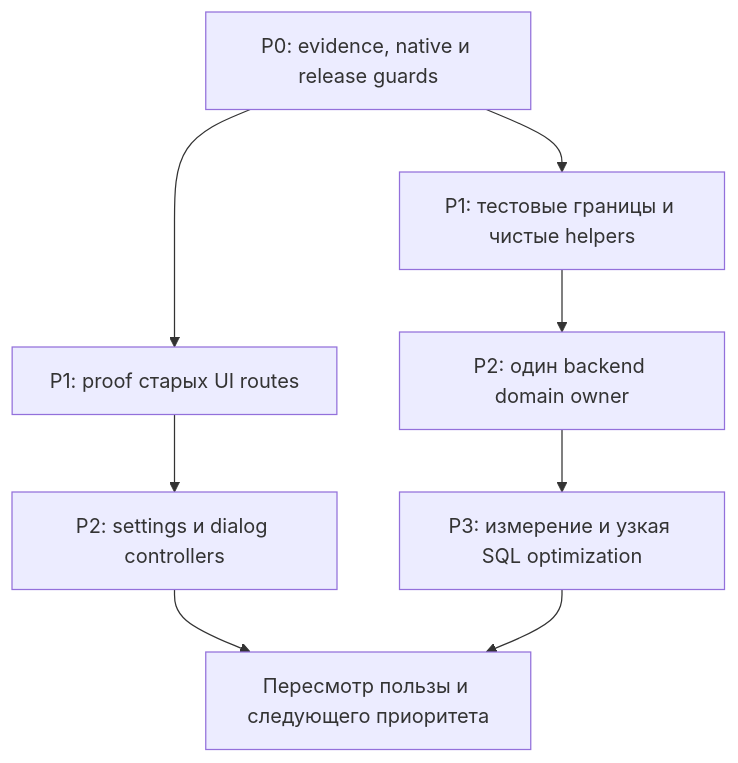
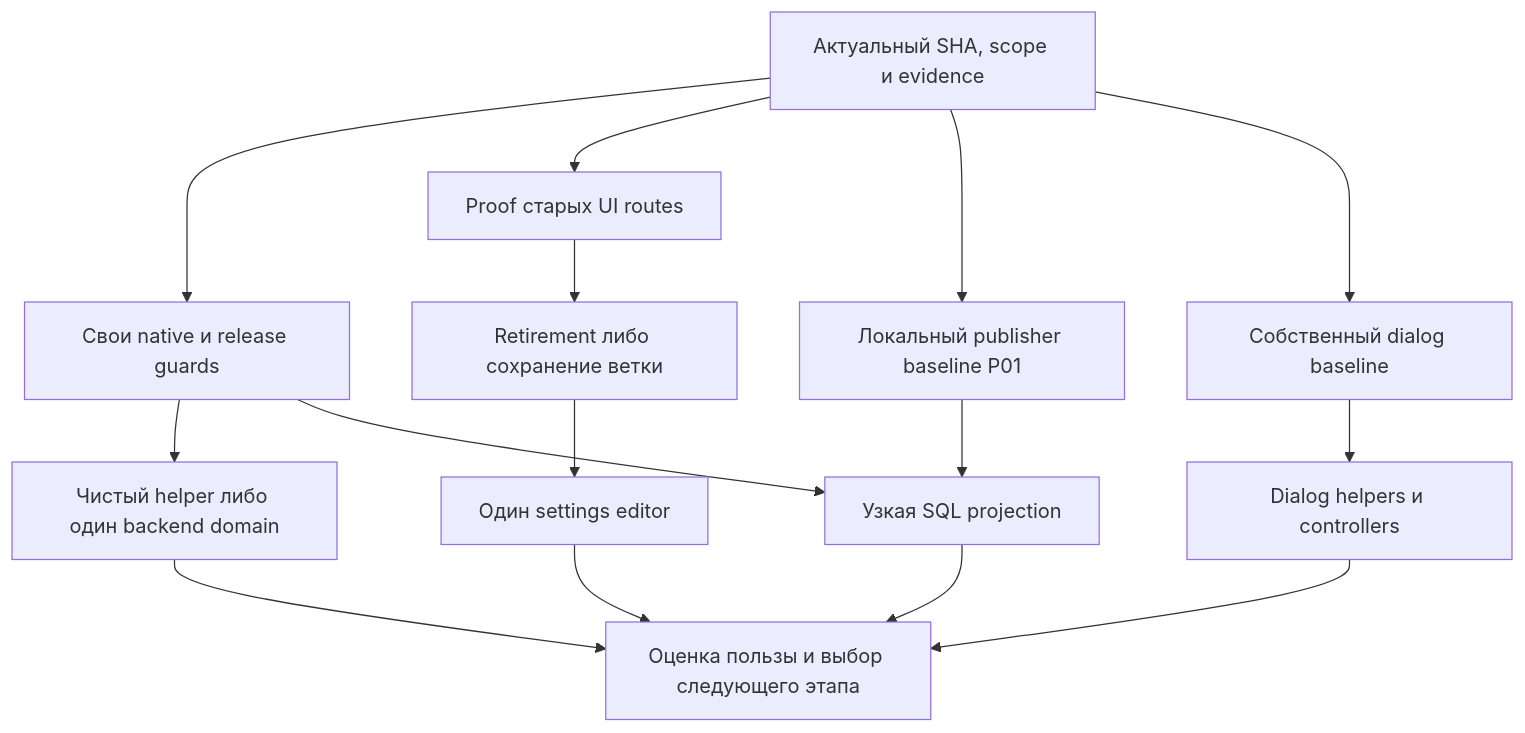
One commit to GameclubPro/Major-Maksimov changed the diagram in docs/operations/plans/2026-11-01-safe-refactoring-roadmap.md. Above: the diagram before and after it, drawn with Mermaid. The commit also changed other lines of this file and 1 other file, not shown here.

Commit message:
docs: finalize safety-first refactoring roadmap

````diff
--- a/docs/operations/plans/2026-11-01-safe-refactoring-roadmap.md
+++ b/docs/operations/plans/2026-11-01-safe-refactoring-roadmap.md
@@ -32,10 +33,17 @@
 ```mermaid
 flowchart TD
-  A[P0: evidence, native и release guards] --> B[P1: тестовые границы и чистые helpers]
-  A --> C[P1: proof старых UI routes]
-  B --> D[P2: один backend domain owner]
-  C --> E[P2: settings и dialog controllers]
-  D --> F[P3: измерение и узкая SQL optimization]
-  E --> G[Пересмотр пользы и следующего приоритета]
+  A[Актуальный SHA, scope и evidence] --> B[Свои native и release guards]
+  A --> C[Proof старых UI routes]
+  A --> M[Локальный publisher baseline P01]
+  B --> D[Чистый helper либо один backend domain]
+  C --> E[Retirement либо сохранение ветки]
+  E --> H[Один settings editor]
+  A --> I[Собственный dialog baseline]
+  I --> J[Dialog helpers и controllers]
+  B --> F[Узкая SQL projection]
+  M --> F
+  D --> G[Оценка пользы и выбор следующего этапа]
+  H --> G
+  J --> G
   F --> G
 ```
````
